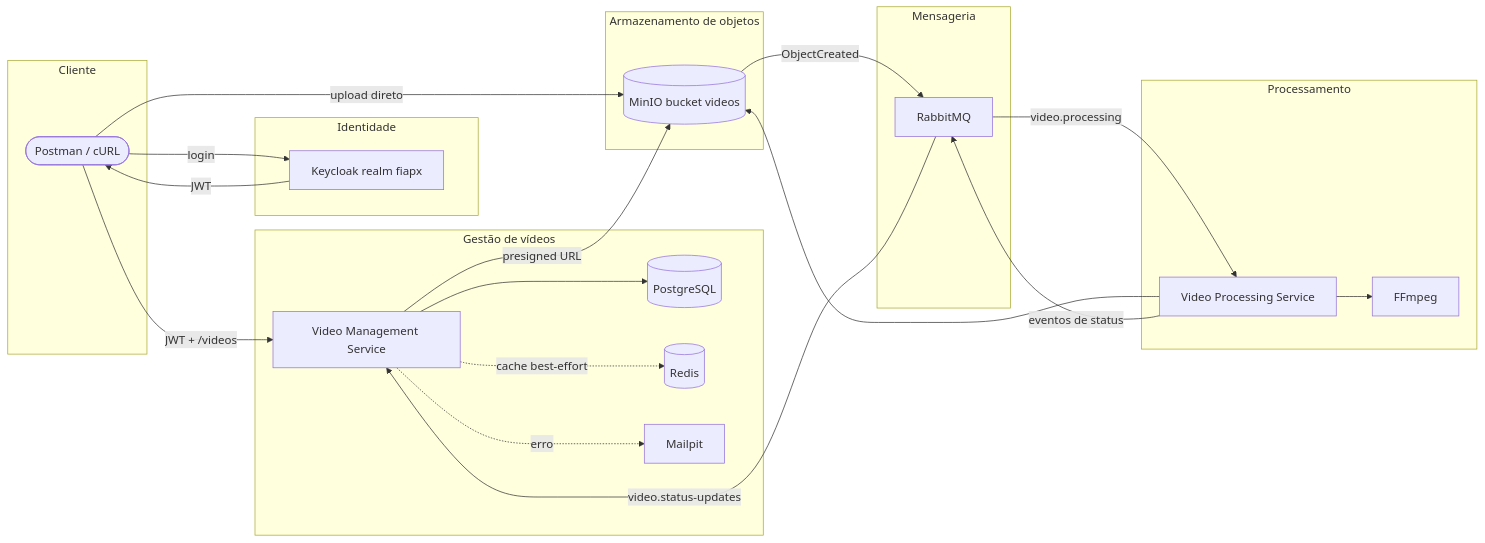
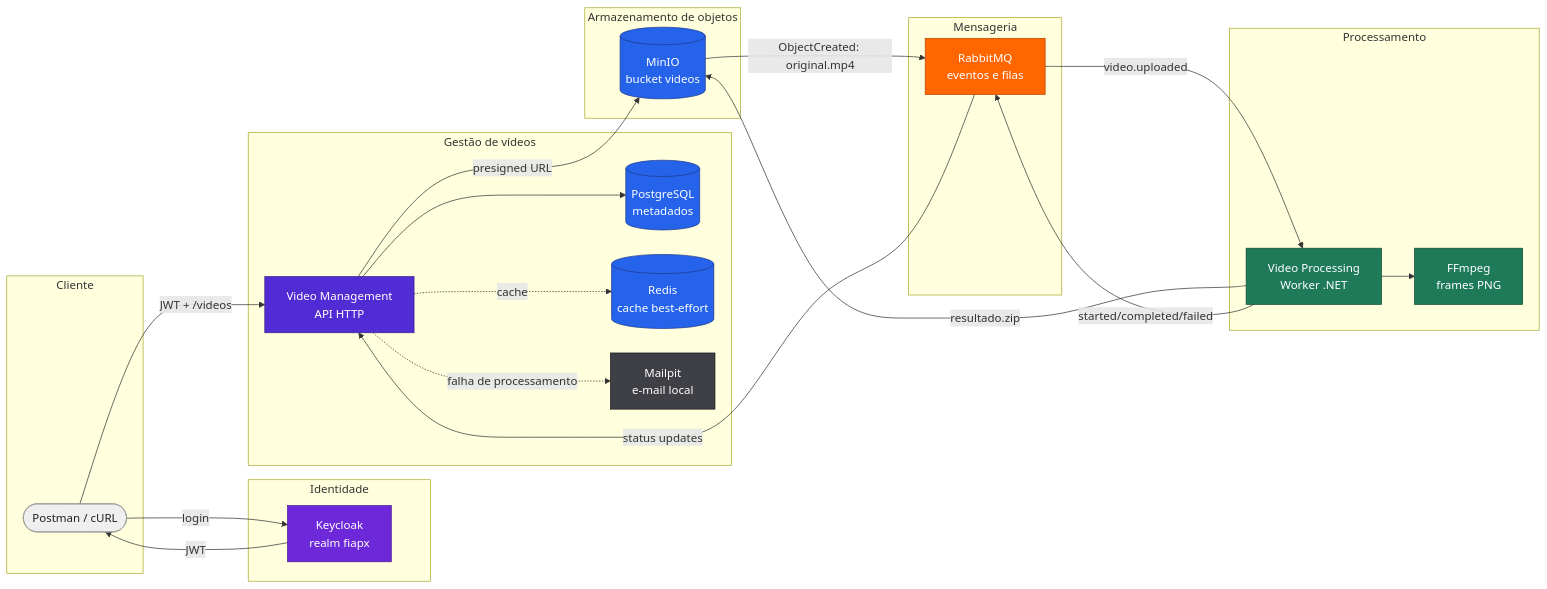
Before and after one commit to fabianorodrigues/fiap-fase5-docs: the diagram in docs/arquitetura/visao-geral.md, drawn with Mermaid. The commit also changed 11 other files, not shown here.

````diff
--- a/docs/arquitetura/visao-geral.md
+++ b/docs/arquitetura/visao-geral.md
@@ -11,45 +11,53 @@
 ```mermaid
+%%{init: {"flowchart": {"nodeSpacing": 34, "rankSpacing": 46}} }%%
 flowchart LR
+    classDef client fill:#EFEFEF,color:#222,stroke:#999
+    classDef api fill:#512BD4,color:#fff,stroke:#39208A
+    classDef worker fill:#1F7A5A,color:#fff,stroke:#0F4A35
+    classDef broker fill:#FF6600,color:#fff,stroke:#B34700
+    classDef store fill:#2563EB,color:#fff,stroke:#1E3A8A
+    classDef auth fill:#6D28D9,color:#fff,stroke:#4C1D95
+    classDef mail fill:#3F3F46,color:#fff,stroke:#18181B
+
     subgraph Cliente
-      USER([Postman / cURL])
+      USER([Postman / cURL]):::client
     end
 
     subgraph Identidade
-      KC[Keycloak realm fiapx]
+      KC["Keycloak<br/>realm fiapx"]:::auth
     end
 
     subgraph Gestao["Gestão de vídeos"]
-      API[Video Management Service]
-      PG[(PostgreSQL)]
-      REDIS[(Redis)]
-      MAIL[Mailpit]
+      API["Video Management<br/>API HTTP"]:::api
+      PG[("PostgreSQL<br/>metadados")]:::store
+      REDIS[("Redis<br/>cache best-effort")]:::store
+      MAIL["Mailpit<br/>e-mail local"]:::mail
     end
 
     subgraph Storage["Armazenamento de objetos"]
-      MINIO[(MinIO bucket videos)]
+      MINIO[("MinIO<br/>bucket videos")]:::store
     end
 
     subgraph Mensageria
-      MQ[RabbitMQ]
+      MQ["RabbitMQ<br/>eventos e filas"]:::broker
     end
 
     subgraph Processamento
-      WORKER[Video Processing Service]
-      FFMPEG[FFmpeg]
+      WORKER["Video Processing<br/>Worker .NET"]:::worker
+      FFMPEG["FFmpeg<br/>frames PNG"]:::worker
     end
 
     USER -->|login| KC
     KC -->|JWT| USER
     USER -->|JWT + /videos| API
     API --> PG
-    API -. cache best-effort .-> REDIS
-    API -->|presigned URL| MINIO
-    USER -->|upload direto| MINIO
-    MINIO -->|ObjectCreated| MQ
-    MQ -->|video.processing| WORKER
-    WORKER --> MINIO
+    API -. cache .-> REDIS
+    API -- "presigned URL" --> MINIO
+    MINIO -- "ObjectCreated: original.mp4" --> MQ
+    MQ -- "video.uploaded" --> WORKER
     WORKER --> FFMPEG
-    WORKER -->|eventos de status| MQ
-    MQ -->|video.status-updates| API
-    API -. erro .-> MAIL
+    WORKER -- "resultado.zip" --> MINIO
+    WORKER -- "started/completed/failed" --> MQ
+    MQ -- "status updates" --> API
+    API -. "falha de processamento" .-> MAIL
 ```
````
